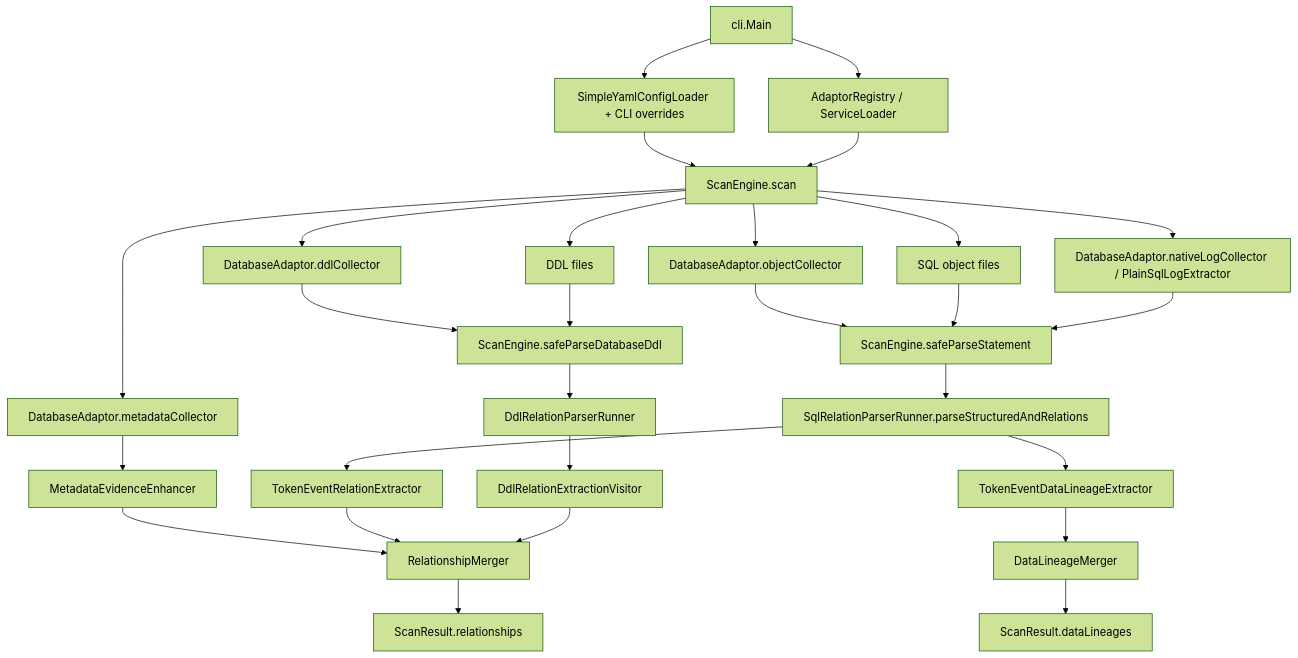
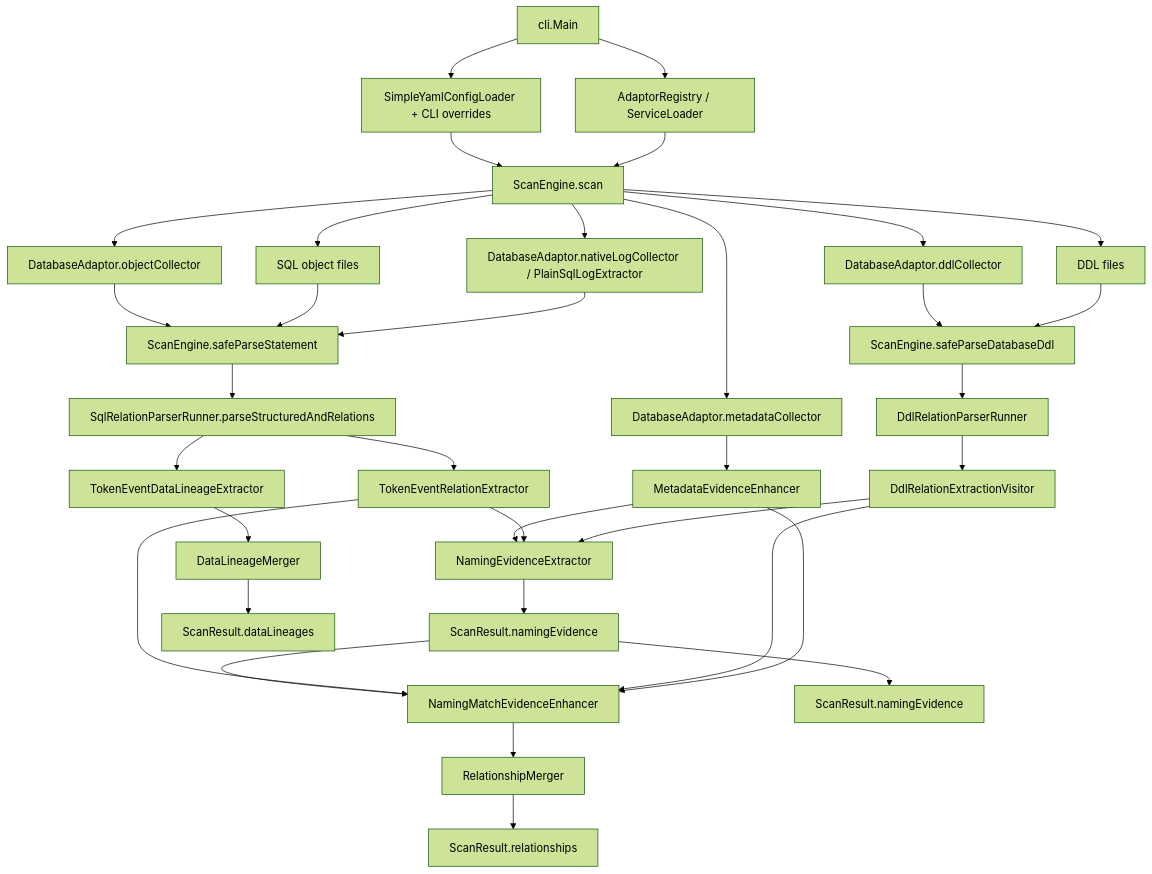
Before and after one commit to xiaoguang/relation-detector: the second of 7 diagrams in docs/design/relation-detector/phase-06-parser-enhancement.md, drawn with Mermaid (forest theme). The commit also changed other lines of this file and 263 other files, not shown here.

````diff
--- a/docs/design/relation-detector/phase-06-parser-enhancement.md
+++ b/docs/design/relation-detector/phase-06-parser-enhancement.md
@@ -235,41 +276,48 @@
 ```mermaid
 flowchart TD
   entry["cli.Main"]
   config["SimpleYamlConfigLoader + CLI overrides"]
   registry["AdaptorRegistry / ServiceLoader<DatabaseAdaptor>"]
   engine["ScanEngine.scan"]
 
   entry --> config
   entry --> registry
   config --> engine
   registry --> engine
 
   engine --> meta["DatabaseAdaptor.metadataCollector"]
   engine --> dbDdl["DatabaseAdaptor.ddlCollector"]
   engine --> obj["DatabaseAdaptor.objectCollector"]
   engine --> log["DatabaseAdaptor.nativeLogCollector / PlainSqlLogExtractor"]
   engine --> fileDdl["DDL files"]
   engine --> objectFiles["SQL object files"]
 
   meta --> enhancer["MetadataEvidenceEnhancer"]
   dbDdl --> ddlSafe["ScanEngine.safeParseDatabaseDdl"]
   fileDdl --> ddlSafe
   obj --> sqlSafe["ScanEngine.safeParseStatement"]
   objectFiles --> sqlSafe
   log --> sqlSafe
 
   ddlSafe --> ddlRunner["DdlRelationParserRunner"]
   sqlSafe --> sqlParsed["SqlRelationParserRunner.parseStructuredAndRelations"]
 
   sqlParsed --> lineageExtractor["TokenEventDataLineageExtractor"]
   sqlParsed --> relationExtractor["TokenEventRelationExtractor"]
   ddlRunner --> ddlExtractor["DdlRelationExtractionVisitor"]
 
-  enhancer --> relMerge["RelationshipMerger"]
-  relationExtractor --> relMerge
-  ddlExtractor --> relMerge
+  enhancer --> namingExtractor["NamingEvidenceExtractor"]
+  relationExtractor --> namingExtractor
+  ddlExtractor --> namingExtractor
+  namingExtractor --> namingPool["ScanResult.namingEvidence"]
+  namingPool --> namingEnhancer["NamingMatchEvidenceEnhancer"]
+  relationExtractor --> namingEnhancer
+  ddlExtractor --> namingEnhancer
+  enhancer --> namingEnhancer
+  namingEnhancer --> relMerge["RelationshipMerger"]
   lineageExtractor --> lineageMerge["DataLineageMerger"]
 
   relMerge --> result["ScanResult.relationships"]
   lineageMerge --> result2["ScanResult.dataLineages"]
+  namingPool --> result3["ScanResult.namingEvidence"]
 ```
````
